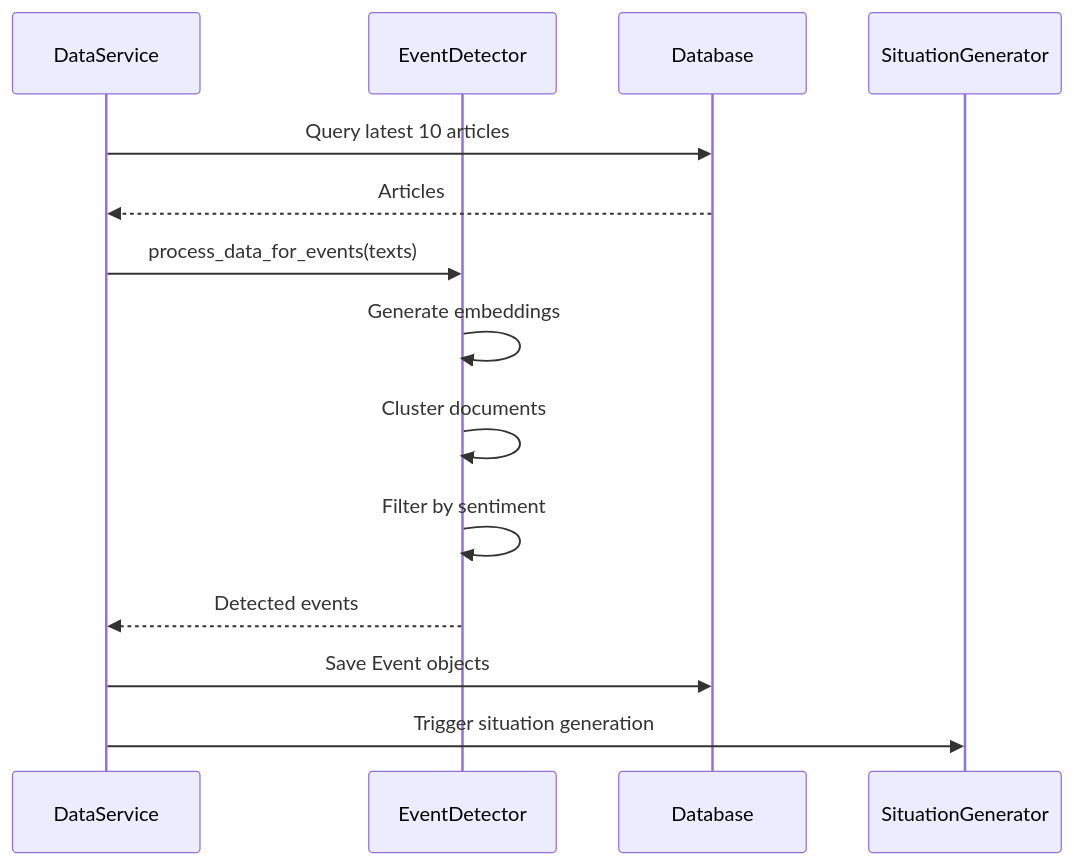
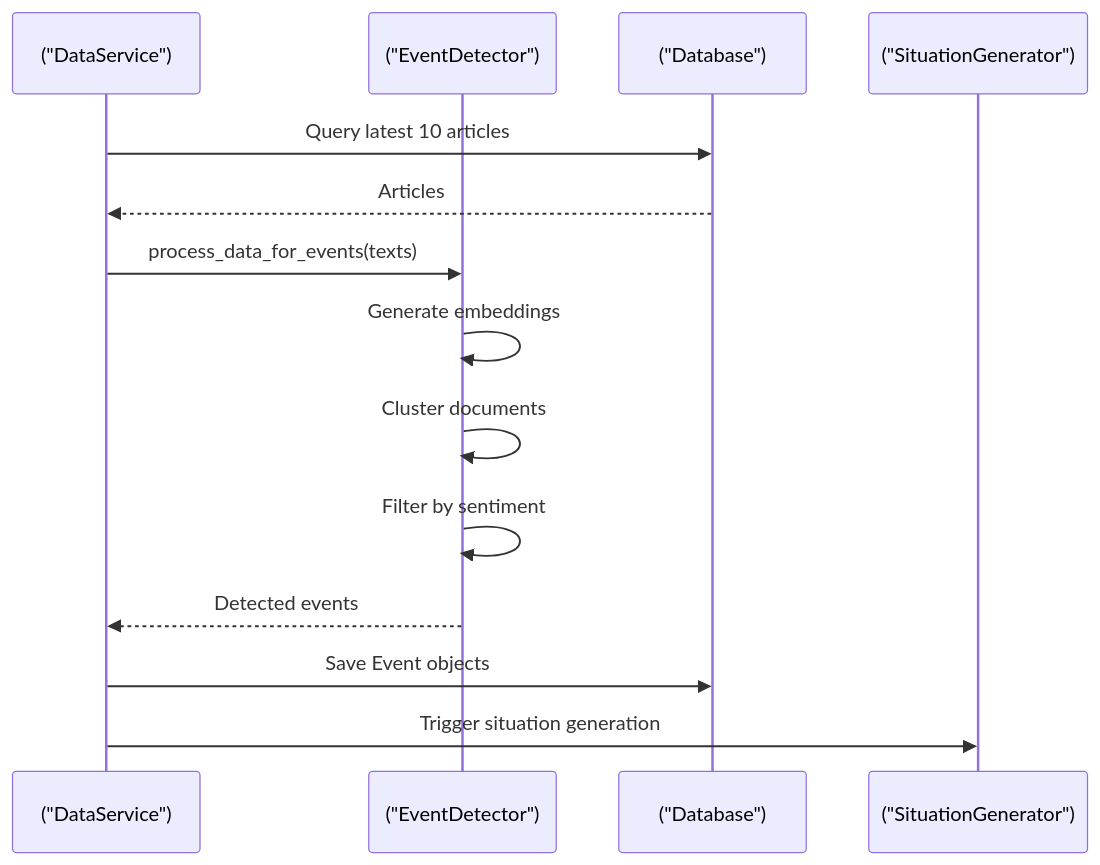
The fourth of 6 diagrams in docs/Services/Data Service.md (Likhithsai2580/RAVANA-WIKI), drawn with Mermaid before and after one commit. The commit also changed other lines of this file and 32 other files, not shown here.

First line of the commit message:
feat(mermaid): enhance Mermaid diagram rendering and debugging support

````diff
--- a/docs/Services/Data Service.md
+++ b/docs/Services/Data Service.md
@@ -127,16 +127,16 @@
 ```mermaid
 sequenceDiagram
-participant DS as DataService
-participant ET as EventDetector
-participant DB as Database
-participant SG as SituationGenerator
+participant DS as ("DataService")
+participant ET as ("EventDetector")
+participant DB as ("Database")
+participant SG as ("SituationGenerator")
 DS->>DB : Query latest 10 articles
 DB-->>DS : Articles
 DS->>ET : process_data_for_events(texts)
 ET->>ET : Generate embeddings
 ET->>ET : Cluster documents
 ET->>ET : Filter by sentiment
 ET-->>DS : Detected events
 DS->>DB : Save Event objects
 DS->>SG : Trigger situation generation
 ```
````
